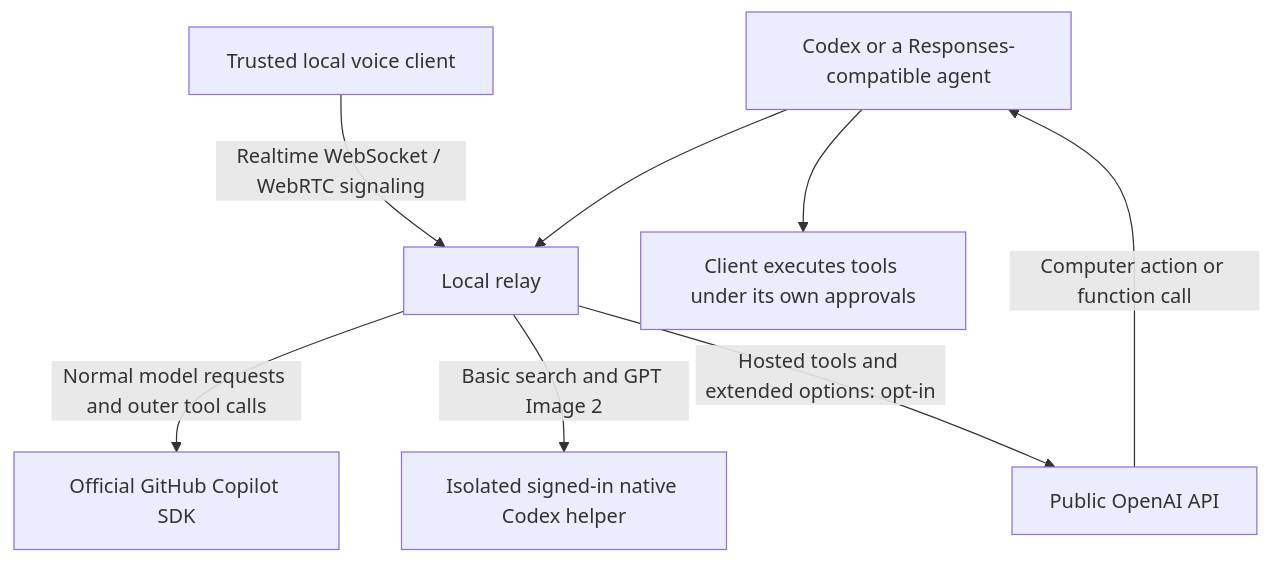
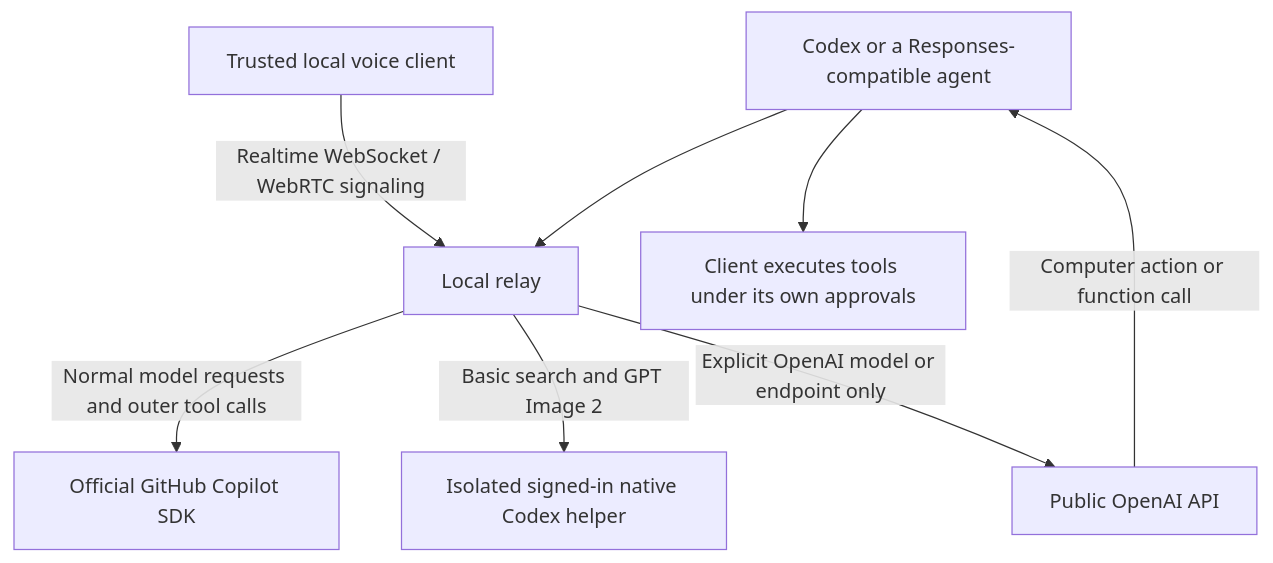
The diagram in docs/HYBRID-SETUP.md (madhavsomani/codex-copilot-relay), drawn with Mermaid before and after one commit. The commit also changed other lines of this file and 21 other files, not shown here.

````diff
--- a/docs/HYBRID-SETUP.md
+++ b/docs/HYBRID-SETUP.md
@@ -9,10 +9,10 @@
 ```mermaid
 flowchart TD
     Client[Codex or a Responses-compatible agent] --> Gateway[Local relay]
     Gateway -->|Normal model requests and outer tool calls| Copilot[Official GitHub Copilot SDK]
     Gateway -->|Basic search and GPT Image 2| Helper[Isolated signed-in native Codex helper]
-    Gateway -->|Hosted tools and extended options: opt-in| API[Public OpenAI API]
+    Gateway -->|Explicit OpenAI model or endpoint only| API[Public OpenAI API]
     Voice[Trusted local voice client] -->|Realtime WebSocket / WebRTC signaling| Gateway
     API -->|Computer action or function call| Client
     Client --> Harness[Client executes tools under its own approvals]
 ```
````
